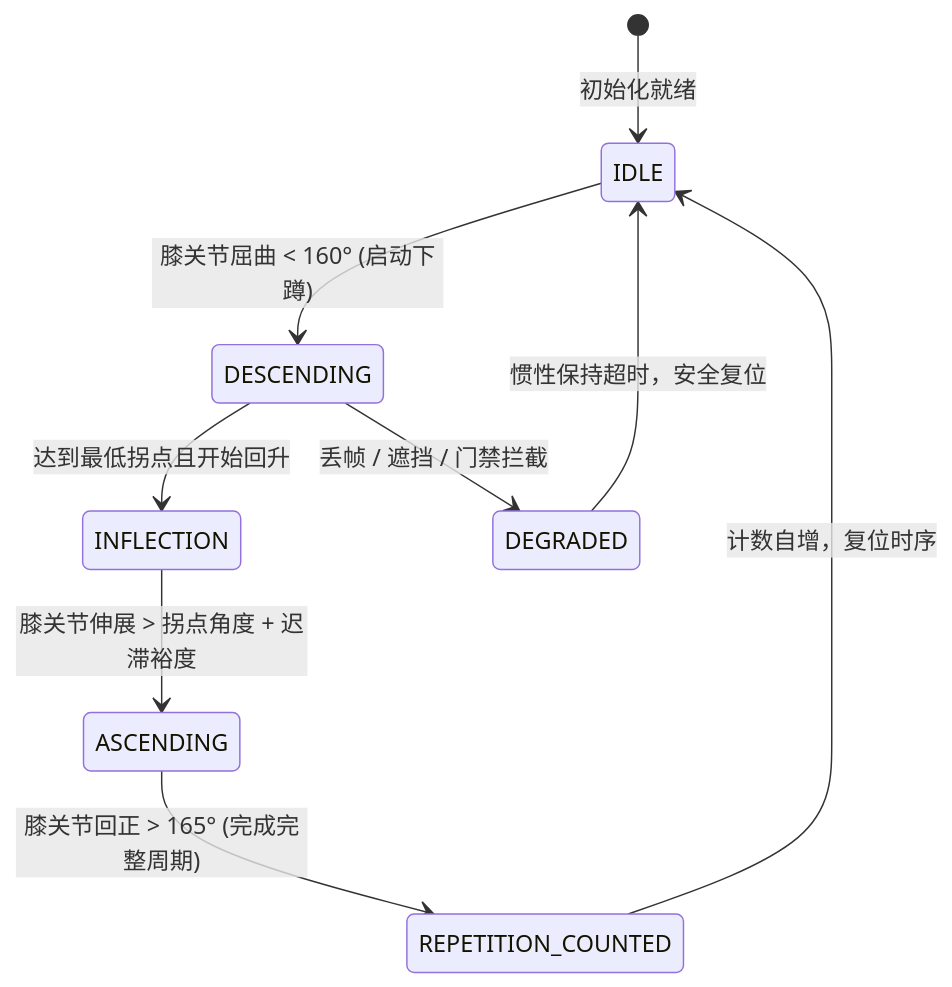
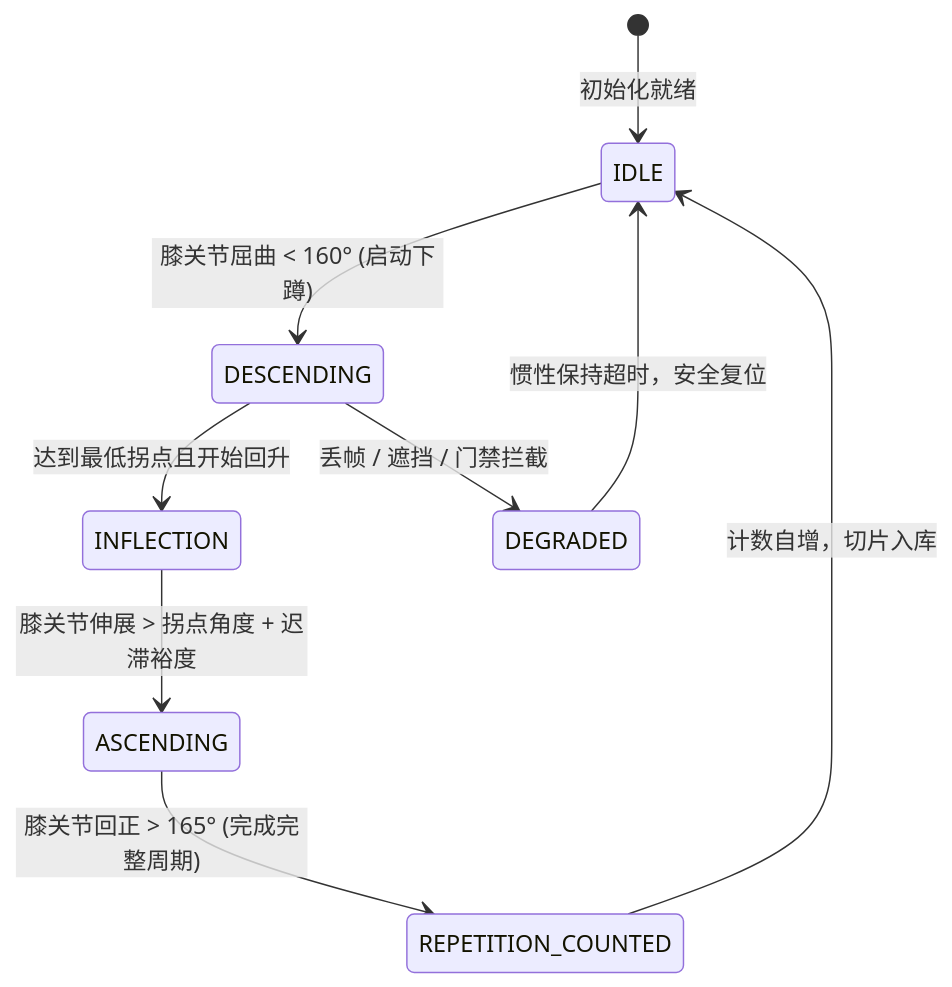
Before and after one commit to huwany1/Undergraduate-engineering-thesis: the second of 3 diagrams in README.md, drawn with Mermaid. The commit also changed other lines of this file and 11 other files, not shown here.

````diff
--- a/README.md
+++ b/README.md
@@ -213,11 +269,11 @@
 ```mermaid
 stateDiagram-v2
     [*] --> IDLE: 初始化就绪
     IDLE --> DESCENDING: 膝关节屈曲 < 160° (启动下蹲)
     DESCENDING --> INFLECTION: 达到最低拐点且开始回升
     INFLECTION --> ASCENDING: 膝关节伸展 > 拐点角度 + 迟滞裕度
     ASCENDING --> REPETITION_COUNTED: 膝关节回正 > 165° (完成完整周期)
-    REPETITION_COUNTED --> IDLE: 计数自增，复位时序
+    REPETITION_COUNTED --> IDLE: 计数自增，切片入库
     DESCENDING --> DEGRADED: 丢帧 / 遮挡 / 门禁拦截
     DEGRADED --> IDLE: 惯性保持超时，安全复位
 ```
````
